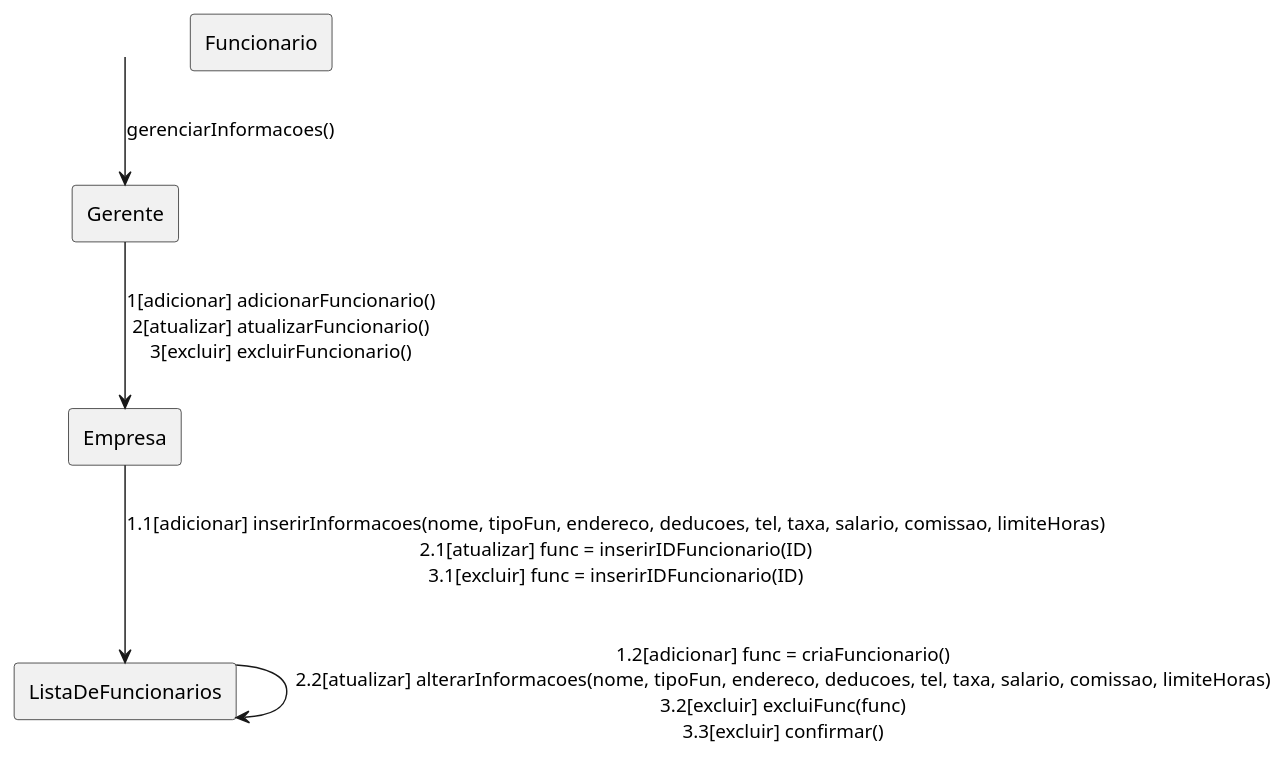
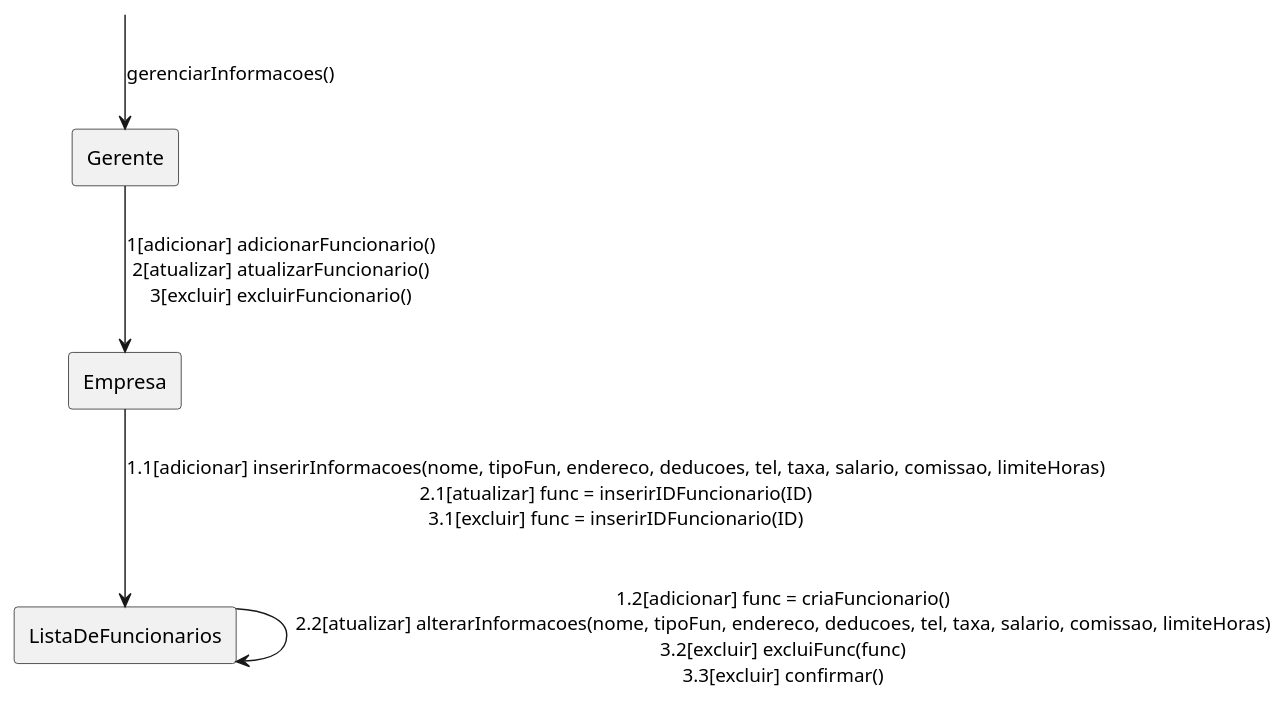
Before and after one commit to tikaradate/CI1163-Design_de_Software: the diagram in casos_de_uso/caso-5/5-DCom.plantuml, drawn with PlantUML. The commit also changed 2 other files, not shown here.

```diff
--- a/casos_de_uso/caso-5/5-DCom.plantuml
+++ b/casos_de_uso/caso-5/5-DCom.plantuml
@@ -1,19 +1,19 @@
 @startuml
 rectangle "Gerente" as gerente
 'rectangle "FolhaDePagamento" as folha
 'rectangle "Pagamento" as pagamento
-rectangle "Funcionario" as funcionario
+'rectangle "Funcionario" as funcionario
 rectangle "Empresa" as empresa
 rectangle "ListaDeFuncionarios" as lista
 'rectangle "Venda" as venda
 'rectangle "Ponto" as ponto
 'rectangle "BaseDeDadosProjetos" as base
 'rectangle "Projeto" as projeto
 label " " as ini
 
 ini     -down-> gerente     : gerenciarInformacoes()
 gerente -down-> empresa     : 1[adicionar] adicionarFuncionario()\n2[atualizar] atualizarFuncionario()\n3[excluir] excluirFuncionario()
 empresa -down-> lista       : 1.1[adicionar] inserirInformacoes(nome, tipoFun, endereco, deducoes, tel, taxa, salario, comissao, limiteHoras)\n2.1[atualizar] func = inserirIDFuncionario(ID)\n3.1[excluir] func = inserirIDFuncionario(ID)
 lista   -down-> lista       : 1.2[adicionar] func = criaFuncionario()\n2.2[atualizar] alterarInformacoes(nome, tipoFun, endereco, deducoes, tel, taxa, salario, comissao, limiteHoras)\n3.2[excluir] excluiFunc(func)\n3.3[excluir] confirmar()
 
 @enduml
```
